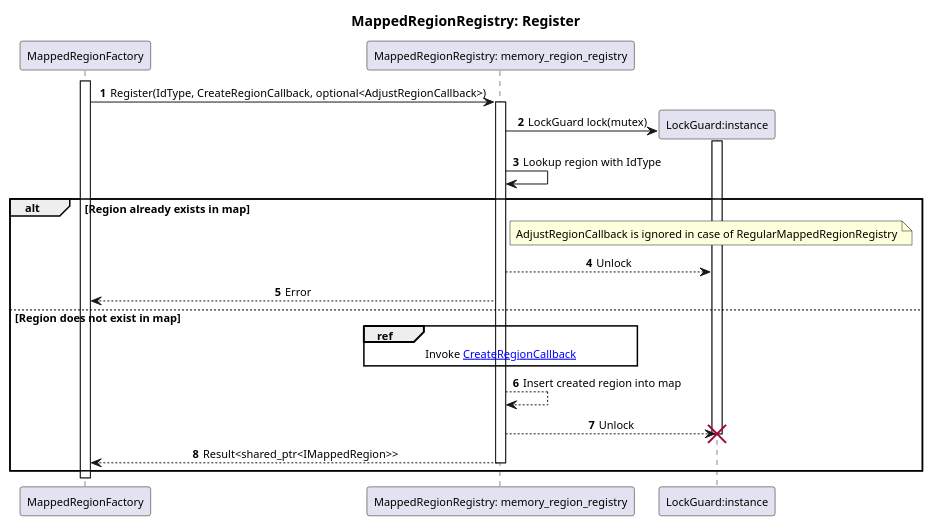
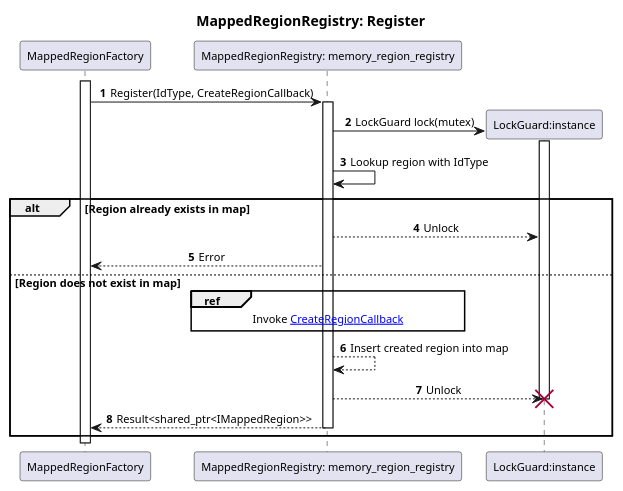
One commit to eclipse-score/communication changed the diagram in score/memory/shared/design/redesign_proposal/assets/seq_13_regular_mapped_region_registry_register.puml. Above: the diagram before and after it, drawn with PlantUML. The commit also changed 11 other files, not shown here.

Commit message:
Removed PersistentMappedRegionRegistry again. It was too complex and would have produced additional constraints for the Create/Open/Remove semantics, which aren't easy to resolve.

```diff
--- a/score/memory/shared/design/redesign_proposal/assets/seq_13_regular_mapped_region_registry_register.puml
+++ b/score/memory/shared/design/redesign_proposal/assets/seq_13_regular_mapped_region_registry_register.puml
@@ -1,44 +1,41 @@
 @startuml seq_13_regular_mapped_region_registry_register
 autonumber
 title MappedRegionRegistry: Register
 skinparam defaultFontSize 11
 skinparam sequenceMessageAlign center
 
 participant "MappedRegionFactory" as memory_region_factory
 participant "MappedRegionRegistry: memory_region_registry" as memory_region_registry
 participant "LockGuard:instance" as lock_guard
 
 activate memory_region_factory
 
-memory_region_factory -> memory_region_registry : Register(IdType, CreateRegionCallback, optional<AdjustRegionCallback>)
+memory_region_factory -> memory_region_registry : Register(IdType, CreateRegionCallback)
 activate memory_region_registry
 
 create lock_guard
 memory_region_registry -> lock_guard : LockGuard lock(mutex)
 activate lock_guard
 
 memory_region_registry -> memory_region_registry : Lookup region with IdType
 
 alt Region already exists in map
-    note right of memory_region_registry
-        AdjustRegionCallback is ignored in case of RegularMappedRegionRegistry
-    end note
 
     memory_region_registry --> lock_guard : Unlock
 
     memory_region_registry --> memory_region_factory : Error
 else Region does not exist in map
     ref over memory_region_registry
         Invoke [[./seq_17_posix_named_mapped_region_create_callback.puml CreateRegionCallback]]
     end ref
 
     memory_region_registry --> memory_region_registry : Insert created region into map
     memory_region_registry --> lock_guard : Unlock
     destroy lock_guard
     memory_region_registry --> memory_region_factory : Result<shared_ptr<IMappedRegion>>
     deactivate memory_region_registry
 end
 
 deactivate memory_region_factory
 
 @enduml
```
